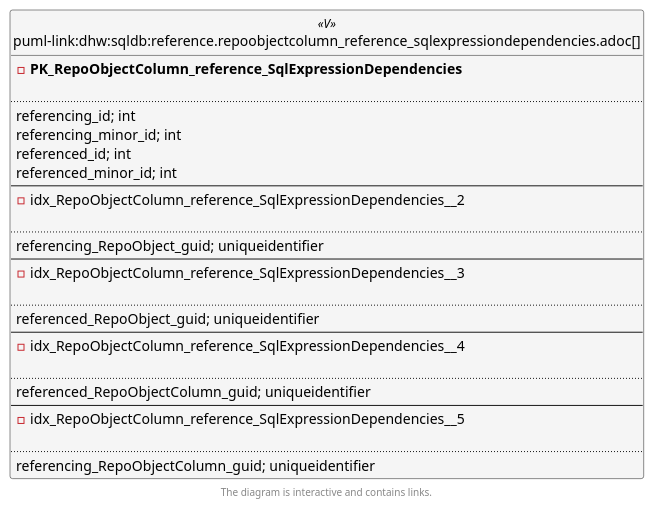
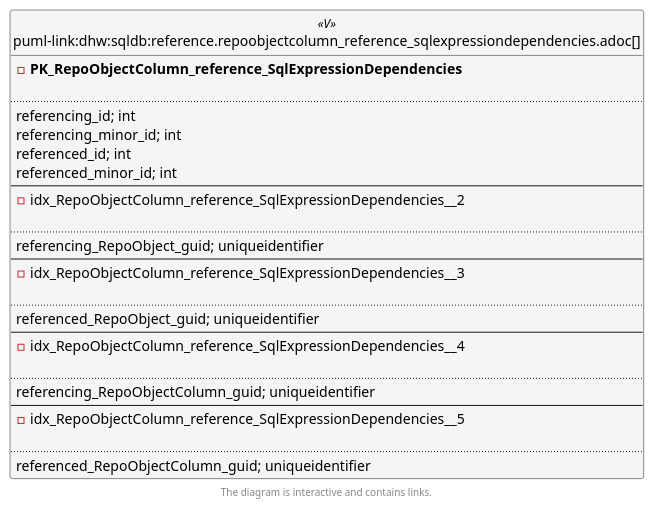
One commit to DataHandwerk/dhw-antora-sqldb changed the second of 6 diagrams in docs/modules/sqldb/partials/content/reference.repoobjectcolumn_reference_sqlexpressiondependencies.adoc. Above: the diagram before and after it, drawn with PlantUML. The commit also changed other lines of this file and 701 other files, not shown here.

```diff
--- a/docs/modules/sqldb/partials/content/reference.repoobjectcolumn_reference_sqlexpressiondependencies.adoc
+++ b/docs/modules/sqldb/partials/content/reference.repoobjectcolumn_reference_sqlexpressiondependencies.adoc
@@ -1090,66 +1090,66 @@
 [plantuml, entity_1_1_fk-{docname}, svg, subs=macros]
 ....
 @startuml
 left to right direction
 'top to bottom direction
 hide circle
 'avoide "." issues:
 set namespaceSeparator none
 
 
 skinparam class {
   BackgroundColor White
   BackgroundColor<<FN>> Yellow
   BackgroundColor<<FS>> Yellow
   BackgroundColor<<FT>> LightGray
   BackgroundColor<<IF>> Yellow
   BackgroundColor<<IS>> Yellow
   BackgroundColor<<P>>  Aqua
   BackgroundColor<<PC>> Aqua
   BackgroundColor<<SN>> Yellow
   BackgroundColor<<SO>> SlateBlue
   BackgroundColor<<TF>> LightGray
   BackgroundColor<<TR>> Tomato
   BackgroundColor<<U>>  White
   BackgroundColor<<V>>  WhiteSmoke
   BackgroundColor<<X>>  Aqua
   BackgroundColor<<external>> AliceBlue
 }
 
 
 entity "puml-link:dhw:sqldb:reference.repoobjectcolumn_reference_sqlexpressiondependencies.adoc[]" as reference.RepoObjectColumn_reference_SqlExpressionDependencies << V >> {
 - **PK_RepoObjectColumn_reference_SqlExpressionDependencies**
 
 ..
 referencing_id; int
 referencing_minor_id; int
 referenced_id; int
 referenced_minor_id; int
 --
 - idx_RepoObjectColumn_reference_SqlExpressionDependencies__2
 
 ..
 referencing_RepoObject_guid; uniqueidentifier
 --
 - idx_RepoObjectColumn_reference_SqlExpressionDependencies__3
 
 ..
 referenced_RepoObject_guid; uniqueidentifier
 --
 - idx_RepoObjectColumn_reference_SqlExpressionDependencies__4
 
 ..
-referenced_RepoObjectColumn_guid; uniqueidentifier
+referencing_RepoObjectColumn_guid; uniqueidentifier
 --
 - idx_RepoObjectColumn_reference_SqlExpressionDependencies__5
 
 ..
-referencing_RepoObjectColumn_guid; uniqueidentifier
+referenced_RepoObjectColumn_guid; uniqueidentifier
 }
 
 
 
 footer The diagram is interactive and contains links.
 
 @enduml
 ....
```
